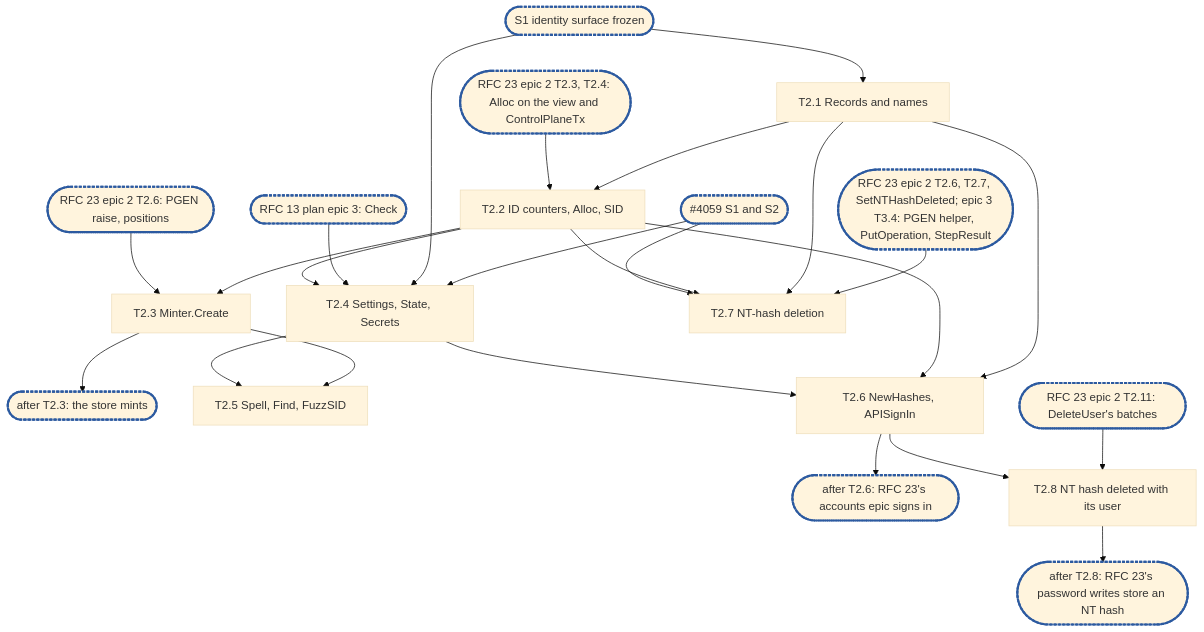
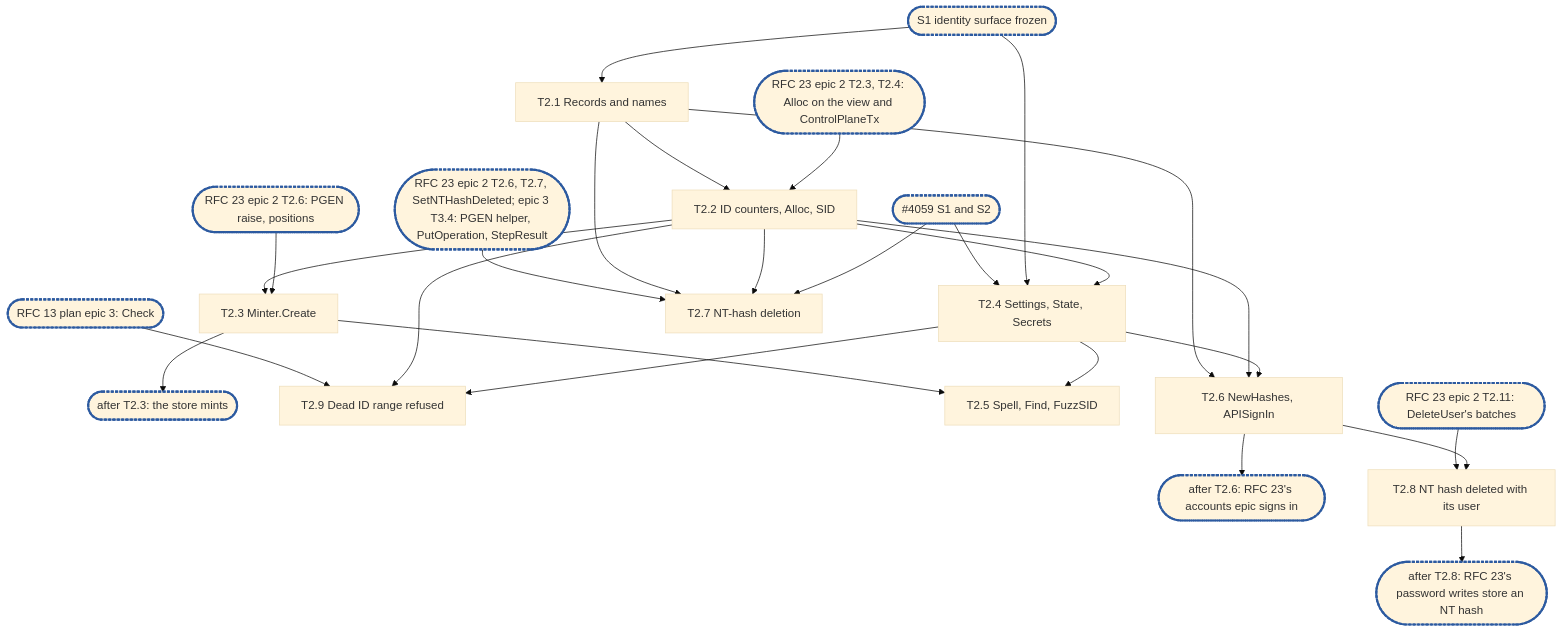
Before and after one commit to cubbit/dittofs: the diagram in docs/internals/planning/rfc-18-identity-epic2.md, drawn with Mermaid (base theme). The commit also changed other lines of this file and 1 other file, not shown here.

Commit message:
docs(planning): give E2's dead-range refusal its own subtask and name its amendments

````diff
--- a/docs/internals/planning/rfc-18-identity-epic2.md
+++ b/docs/internals/planning/rfc-18-identity-epic2.md
@@ -709,22 +720,23 @@
 ```mermaid
 flowchart TD
   S1(["S1 identity surface frozen"]):::sync --> T2_1["T2.1 Records and names"]
   T2_1 --> T2_2["T2.2 ID counters, Alloc, SID"]
   T2_2 --> T2_3["T2.3 Minter.Create"]
   T2_3 --> C1(["after T2.3: the store mints"]):::sync
   X59(["#4059 S1 and S2"]):::sync --> T2_4["T2.4 Settings, State, Secrets"]
   S1 --> T2_4
-  X13(["RFC 13 plan epic 3: Check"]):::sync --> T2_4
   T2_2 --> T2_4
+  X13(["RFC 13 plan epic 3: Check"]):::sync --> T2_9["T2.9 Dead ID range refused"]
+  T2_2 & T2_4 --> T2_9
   T2_3 & T2_4 --> T2_5["T2.5 Spell, Find, FuzzSID"]
   T2_1 & T2_2 & T2_4 --> T2_6["T2.6 NewHashes, APISignIn"]
   T2_6 --> C2(["after T2.6: RFC 23's accounts epic signs in"]):::sync
   X23a(["RFC 23 epic 2 T2.3, T2.4: Alloc on the view and ControlPlaneTx"]):::sync --> T2_2
   X23b(["RFC 23 epic 2 T2.6: PGEN raise, positions"]):::sync --> T2_3
   X23c(["RFC 23 epic 2 T2.11: DeleteUser's batches"]):::sync --> T2_8["T2.8 NT hash deleted with its user"]
   T2_6 --> T2_8
   T2_8 --> C3(["after T2.8: RFC 23's password writes store an NT hash"]):::sync
   X23d(["RFC 23 epic 2 T2.6, T2.7, SetNTHashDeleted; epic 3 T3.4: PGEN helper, PutOperation, StepResult"]):::sync --> T2_7["T2.7 NT-hash deletion"]
   T2_1 & T2_2 & X59 --> T2_7
   classDef sync stroke:#2c5aa0,stroke-width:3px,stroke-dasharray:4 2
 ```
````
